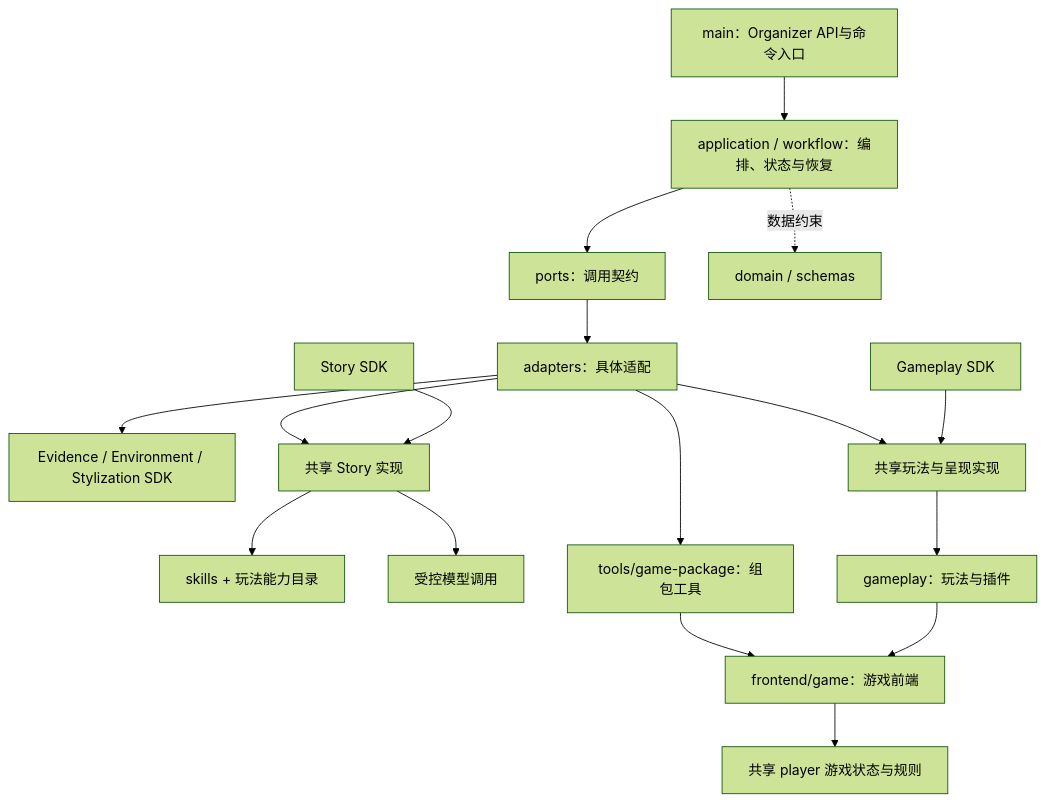
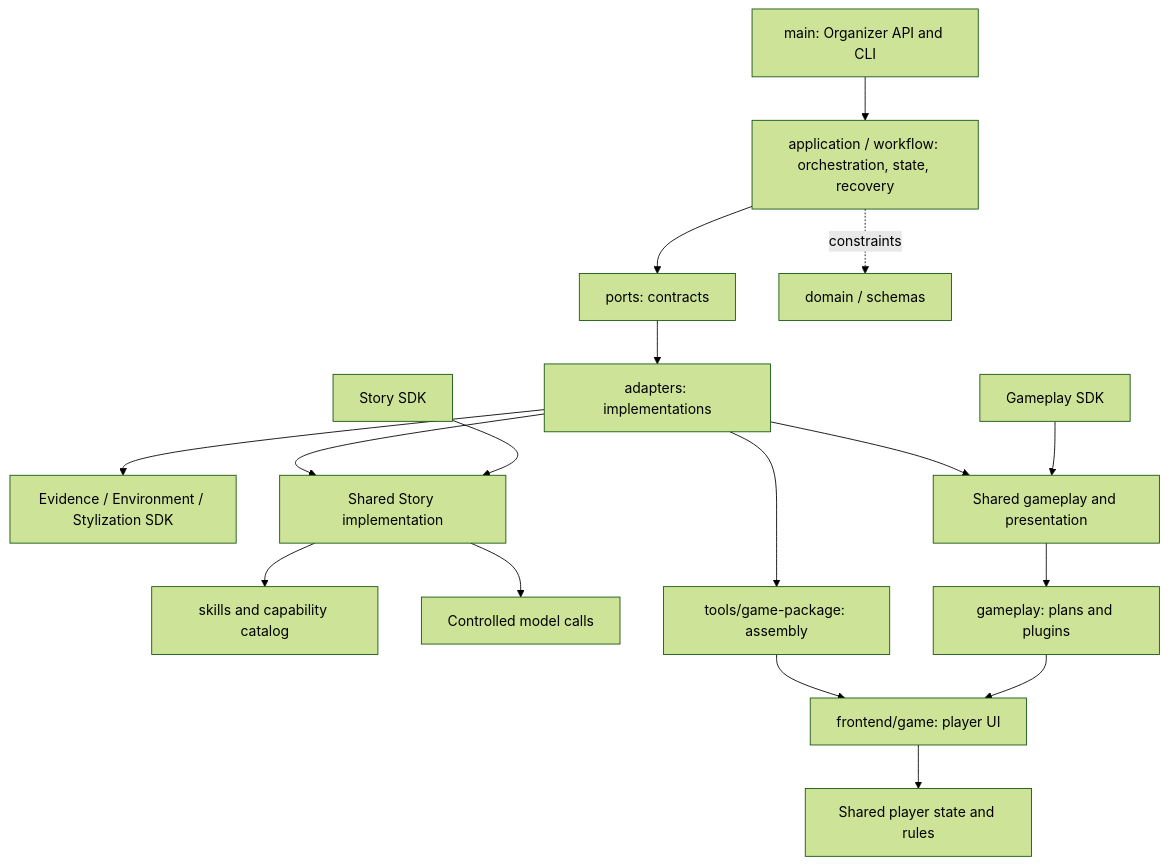
Before and after one commit to Psyche0920/PastPort: the second of 2 diagrams in README.md, drawn with Mermaid (forest theme). The commit also changed other lines of this file and 12 other files, not shown here.

````diff
--- a/README.md
+++ b/README.md
@@ -267,19 +305,19 @@
 ```mermaid
 flowchart TB
-    Main[main：Organizer API与命令入口] --> App[application / workflow：编排、状态与恢复]
-    App --> Ports[ports：调用契约]
-    Ports --> Adapters[adapters：具体适配]
+    Main[main: Organizer API and CLI] --> App[application / workflow: orchestration, state, recovery]
+    App --> Ports[ports: contracts]
+    Ports --> Adapters[adapters: implementations]
     Adapters --> Upstream[Evidence / Environment / Stylization SDK]
-    Story[Story SDK] --> Shared[共享 Story 实现]
-    Gameplay[Gameplay SDK] --> Prep[共享玩法与呈现实现]
+    Story[Story SDK] --> Shared[Shared Story implementation]
+    Gameplay[Gameplay SDK] --> Prep[Shared gameplay and presentation]
     Adapters --> Shared
     Adapters --> Prep
-    Shared --> Rules[skills + 玩法能力目录]
-    Shared --> Model[受控模型调用]
-    Prep --> Plugins[gameplay：玩法与插件]
-    Plugins --> Host[frontend/game：游戏前端]
-    Adapters --> Pack[tools/game-package：组包工具]
+    Shared --> Rules[skills and capability catalog]
+    Shared --> Model[Controlled model calls]
+    Prep --> Plugins[gameplay: plans and plugins]
+    Plugins --> Host[frontend/game: player UI]
+    Adapters --> Pack[tools/game-package: assembly]
     Pack --> Host
-    Host --> Player[共享 player 游戏状态与规则]
-    App -.数据约束.-> Domain[domain / schemas]
+    Host --> Player[Shared player state and rules]
+    App -.constraints.-> Domain[domain / schemas]
 ```
````
